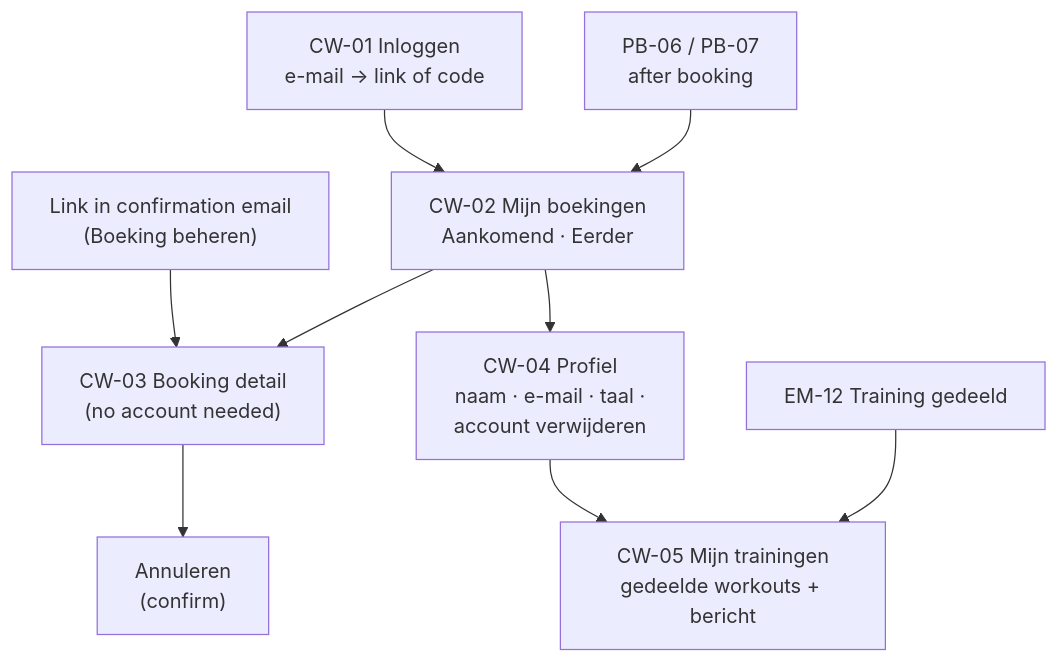
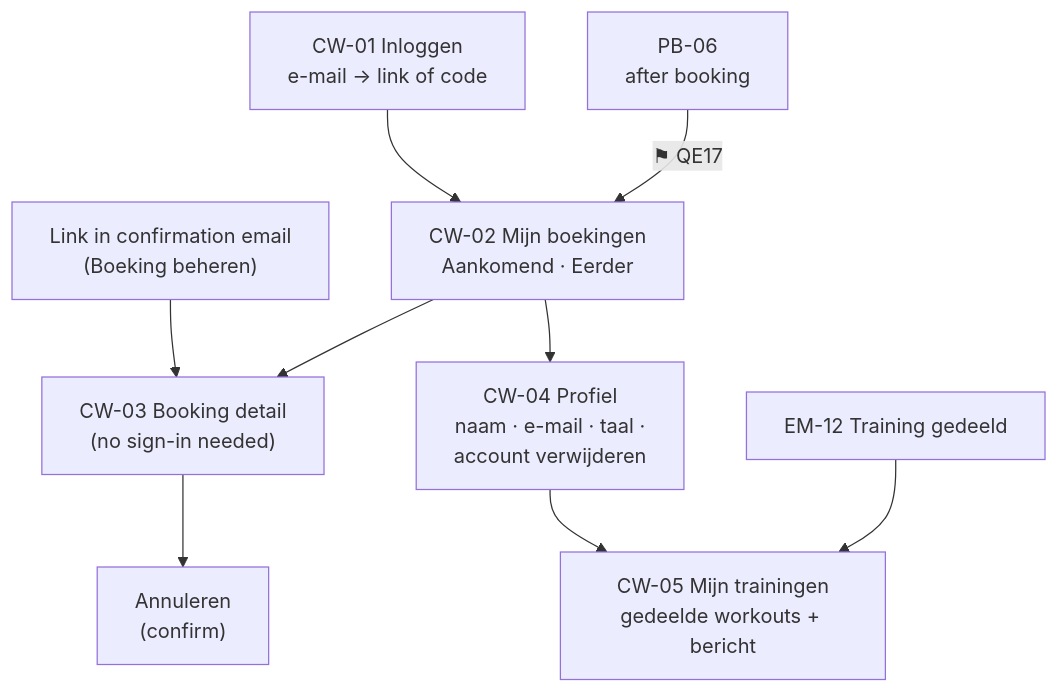
The fifth of 5 diagrams in docs/design/information-architecture.md (fivvi-app/fivvi), drawn with Mermaid before and after one commit. The commit also changed other lines of this file and 16 other files, not shown here.

````diff
--- a/docs/design/information-architecture.md
+++ b/docs/design/information-architecture.md
@@ -340,11 +335,11 @@
 ```mermaid
 flowchart TB
-  mail["Link in confirmation email<br/>(Boeking beheren)"] --> manage["CW-03 Booking detail<br/>(no account needed)"]
+  mail["Link in confirmation email<br/>(Boeking beheren)"] --> manage["CW-03 Booking detail<br/>(no sign-in needed)"]
   signin["CW-01 Inloggen<br/>e-mail → link of code"] --> bookings["CW-02 Mijn boekingen<br/>Aankomend · Eerder"]
-  pb6["PB-06 / PB-07<br/>after booking"] --> bookings
+  pb6["PB-06<br/>after booking"] -- "⚑ QE17" --> bookings
   bookings --> manage
   manage --> cancel["Annuleren<br/>(confirm)"]
   bookings --> prof["CW-04 Profiel<br/>naam · e-mail · taal ·<br/>account verwijderen"]
   prof --> workouts["CW-05 Mijn trainingen<br/>gedeelde workouts + bericht"]
   workoutMail["EM-12 Training gedeeld"] --> workouts
 ```
````
